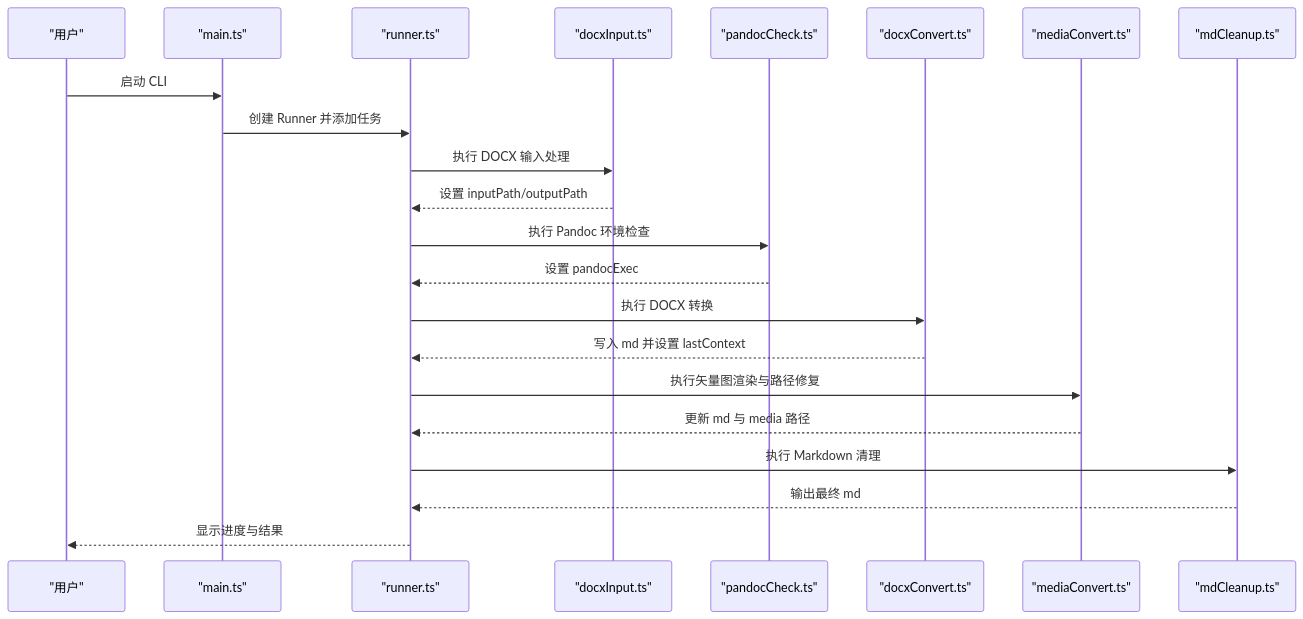
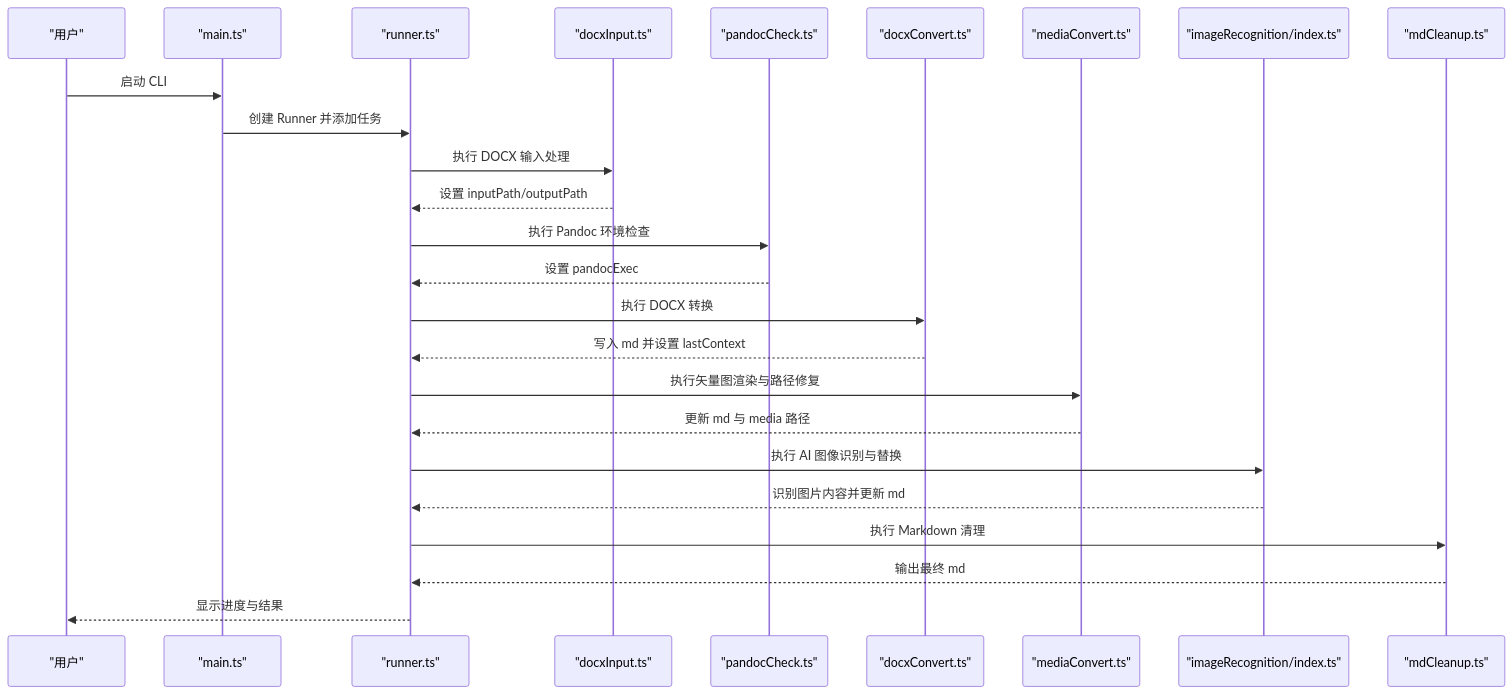
One commit to hllshiro/doc2md-cli changed the second of 3 diagrams in .qoder/repowiki/zh/content/转换模块详解/转换模块详解.md. Above: the diagram before and after it, drawn with Mermaid. The commit also changed other lines of this file and 4 other files, not shown here.

First line of the commit message:
feat(media): 扩展多格式图像支持，增强文件处理能力

````diff
--- a/.qoder/repowiki/zh/content/转换模块详解/转换模块详解.md
+++ b/.qoder/repowiki/zh/content/转换模块详解/转换模块详解.md
@@ -104,24 +130,27 @@
 ```mermaid
 sequenceDiagram
 participant U as "用户"
 participant M as "main.ts"
 participant R as "runner.ts"
 participant T1 as "docxInput.ts"
 participant T2 as "pandocCheck.ts"
 participant T3 as "docxConvert.ts"
 participant T4 as "mediaConvert.ts"
-participant T5 as "mdCleanup.ts"
+participant T5 as "imageRecognition/index.ts"
+participant T6 as "mdCleanup.ts"
 U->>M : 启动 CLI
 M->>R : 创建 Runner 并添加任务
 R->>T1 : 执行 DOCX 输入处理
 T1-->>R : 设置 inputPath/outputPath
 R->>T2 : 执行 Pandoc 环境检查
 T2-->>R : 设置 pandocExec
 R->>T3 : 执行 DOCX 转换
 T3-->>R : 写入 md 并设置 lastContext
 R->>T4 : 执行矢量图渲染与路径修复
 T4-->>R : 更新 md 与 media 路径
-R->>T5 : 执行 Markdown 清理
-T5-->>R : 输出最终 md
+R->>T5 : 执行 AI 图像识别与替换
+T5-->>R : 识别图片内容并更新 md
+R->>T6 : 执行 Markdown 清理
+T6-->>R : 输出最终 md
 R-->>U : 显示进度与结果
 ```
````
